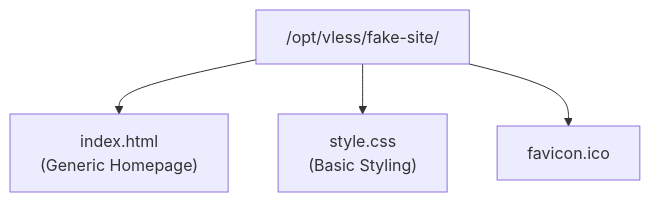
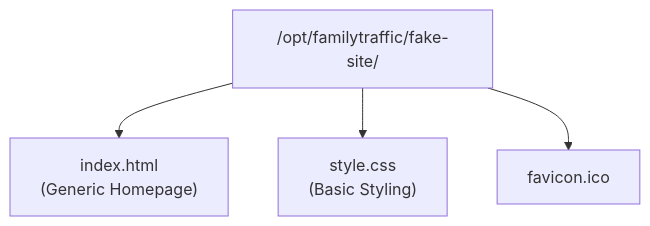
The eighth of 10 diagrams in docs/architecture/diagrams/deployment/filesystem-layout.md (ikeniborn/vless), drawn with Mermaid before and after one commit. The commit also changed other lines of this file and 66 other files, not shown here.

First line of the commit message:
refactor(rename): replace old project name 'vless' with 'familytraffic'

````diff
--- a/docs/architecture/diagrams/deployment/filesystem-layout.md
+++ b/docs/architecture/diagrams/deployment/filesystem-layout.md
@@ -300,12 +300,12 @@
 ```mermaid
 graph TB
-    FakeSiteDir["/opt/vless/fake-site/"]
+    FakeSiteDir["/opt/familytraffic/fake-site/"]
 
     IndexHTML["index.html<br/>(Generic Homepage)"]
     Style["style.css<br/>(Basic Styling)"]
     Favicon["favicon.ico"]
 
     FakeSiteDir --> IndexHTML
     FakeSiteDir --> Style
     FakeSiteDir --> Favicon
 ```
````
